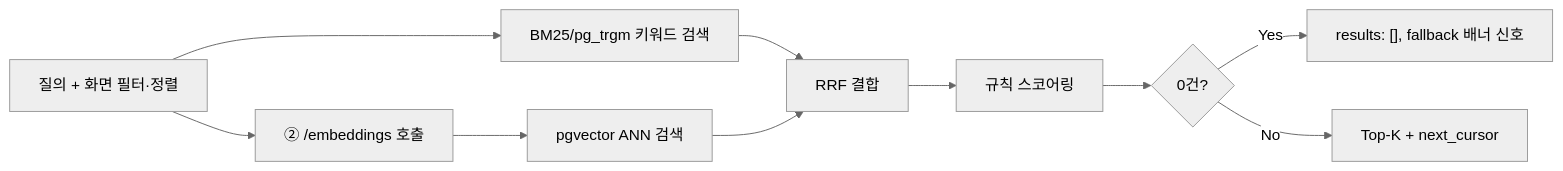
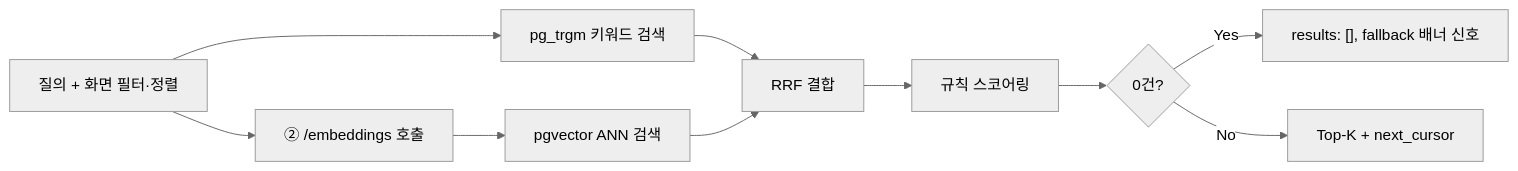
One commit to 100-hours-a-week/KTB4-13th-wiki changed the second of 7 diagrams in docs/ai/4-multistep-pipeline/design.md. Above: the diagram before and after it, drawn with Mermaid (neutral theme). The commit also changed other lines of this file and 2 other files, not shown here.

Commit message:
docs(ai): ① 키워드 검색 표기를 BM25에서 실제 방식(pg_trgm)으로 수정

````diff
--- a/docs/ai/4-multistep-pipeline/design.md
+++ b/docs/ai/4-multistep-pipeline/design.md
@@ -74,12 +74,12 @@
 ```mermaid
 flowchart LR
-    A[질의 + 화면 필터·정렬] --> B[BM25/pg_trgm 키워드 검색]
+    A[질의 + 화면 필터·정렬] --> B[pg_trgm 키워드 검색]
     A --> C["② /embeddings 호출"]
     C --> D[pgvector ANN 검색]
     B --> E[RRF 결합]
     D --> E
     E --> F["규칙 스코어링"]
     F --> G{0건?}
     G -- Yes --> H["results: [], fallback 배너 신호"]
     G -- No --> I[Top-K + next_cursor]
 ```
````
